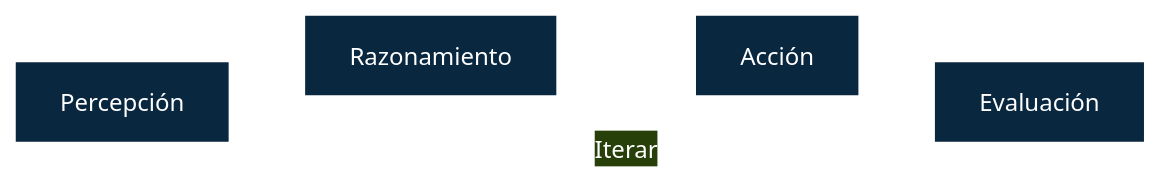
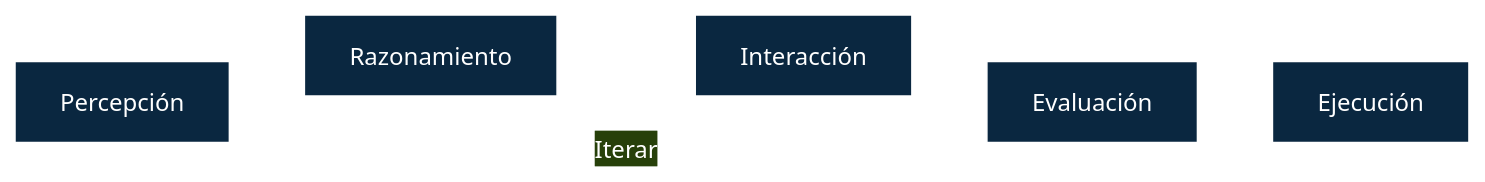
The first of 2 diagrams in docs/slides/intro.md (DavidTorelli/agente-futuro), drawn with Mermaid before and after one commit. The commit also changed other lines of this file, not shown here.

````diff
--- a/docs/slides/intro.md
+++ b/docs/slides/intro.md
@@ -109,11 +109,13 @@
 ```mermaid
 %%{init: {'theme': 'base', 'themeVariables': { 'primaryColor': '#0a2740', 'primaryBorderColor': '#ffffff', 'primaryTextColor': '#ffffff', 'secondaryTextColor': '#ffffff', 'lineColor': '#ffffff', 'arrowheadColor': '#ffffff', 'textColor': '#ffffff' }}}%%
 flowchart LR
     P[Percepción]
     R[Razonamiento]
-    A[Acción]
+    A[Interacción]
     E[Evaluación]
+    X[Ejecución]
 
     P --> R --> A --> E
     E -.->|Iterar| P
+    E --> X
 ```
````
